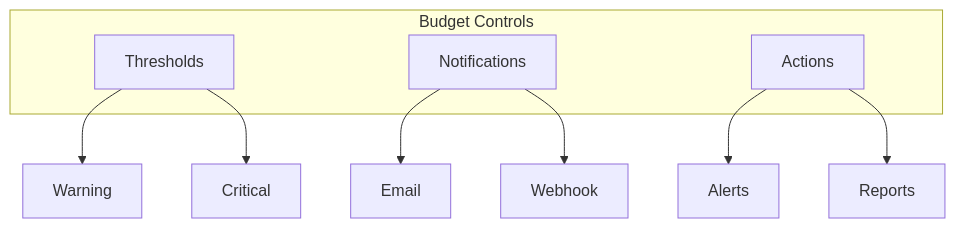
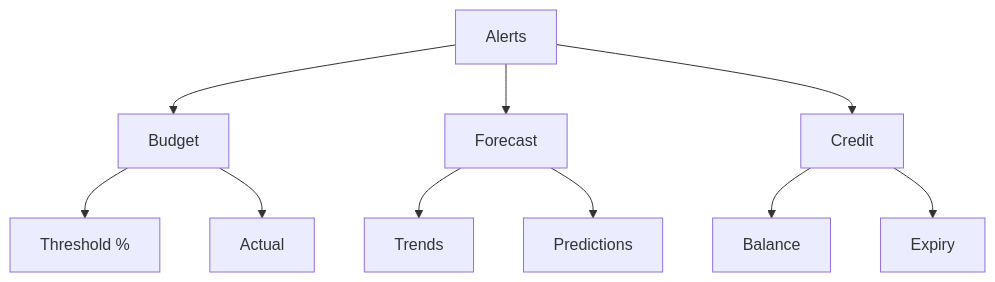
Before and after one commit to saravanakumarrc/Architecture_Journey: the fifth of 15 diagrams in src/azure/az-104/Cost_Management.md, drawn with Mermaid. The commit also changed other lines of this file and 6 other files, not shown here.

````diff
--- a/src/azure/az-104/Cost_Management.md
+++ b/src/azure/az-104/Cost_Management.md
@@ -84,17 +88,15 @@
 ```mermaid
 graph TB
-    subgraph "Budget Controls"
-        A[Thresholds]
-        B[Notifications]
-        C[Actions]
-    end
+    A[Alerts] --> B[Budget]
+    A --> C[Forecast]
+    A --> D[Credit]
     
-    A --> D[Warning]
-    A --> E[Critical]
+    B --> E[Threshold %]
+    B --> F[Actual]
     
-    B --> F[Email]
-    B --> G[Webhook]
+    C --> G[Trends]
+    C --> H[Predictions]
     
-    C --> H[Alerts]
-    C --> I[Reports]
+    D --> I[Balance]
+    D --> J[Expiry]
 ```
````
